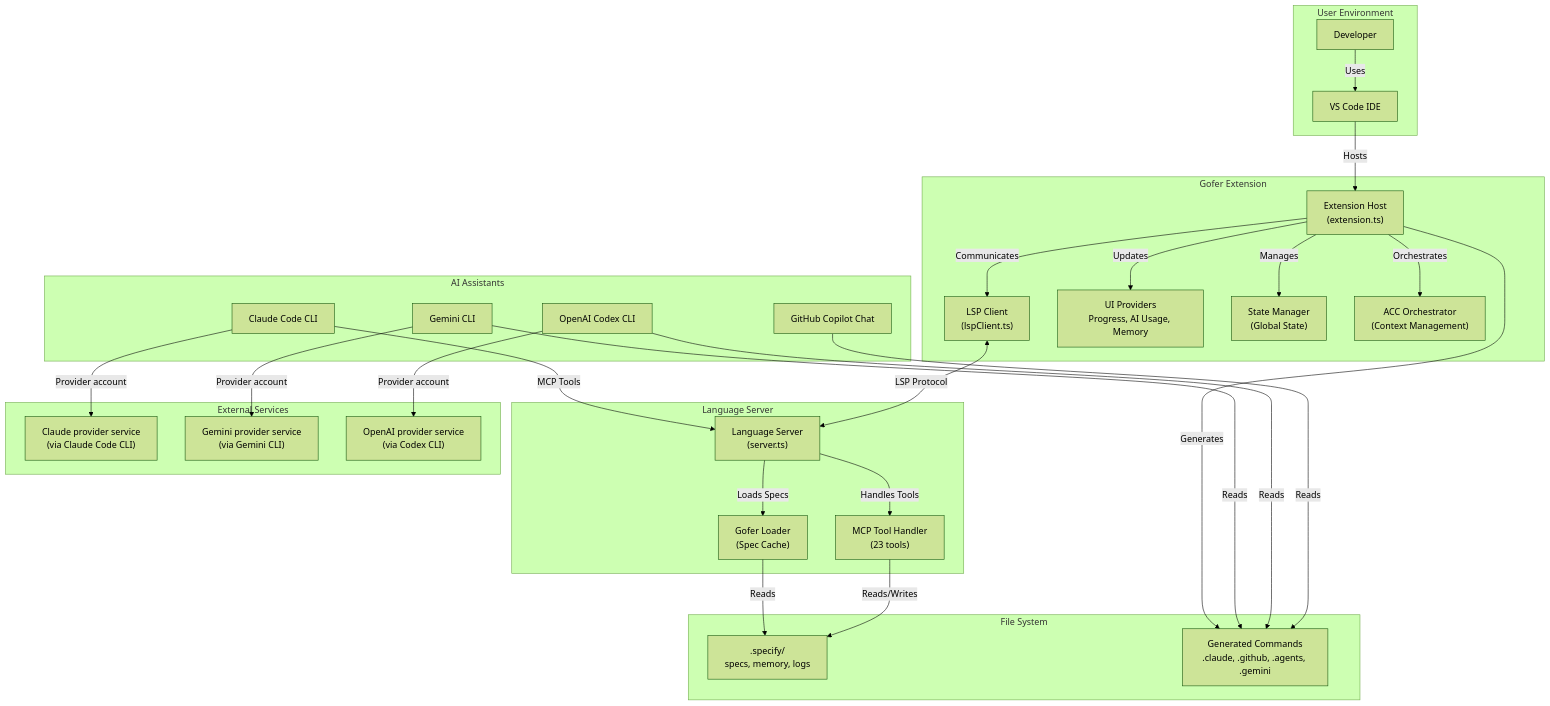
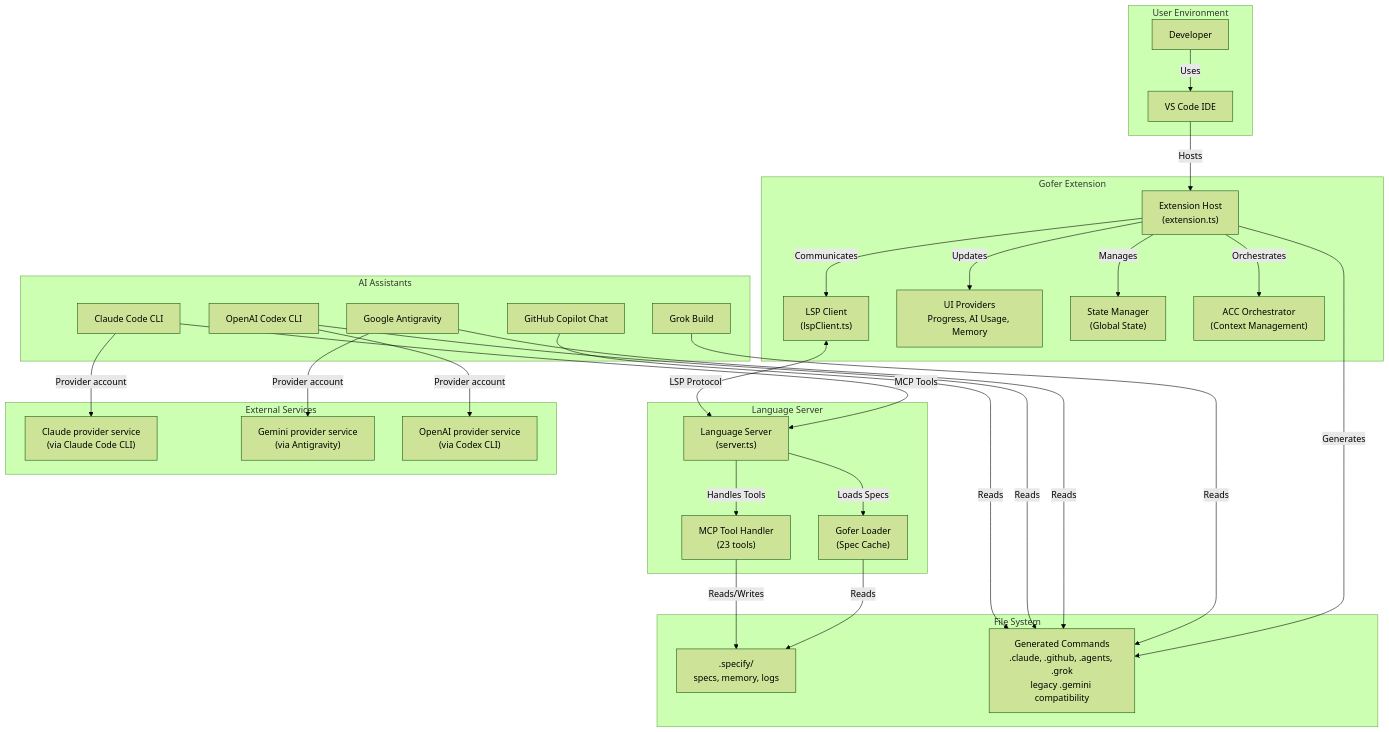
One commit to eai-support/eai-gofer changed the first of 6 diagrams in .tech-docs/architecture.md. Above: the diagram before and after it, drawn with Mermaid (forest theme). The commit also changed other lines of this file and 319 other files, not shown here.

````diff
--- a/.tech-docs/architecture.md
+++ b/.tech-docs/architecture.md
@@ -20,62 +20,64 @@
 ```mermaid
 flowchart TB
     subgraph "User Environment"
         VSCode["VS Code IDE"]
         User["Developer"]
     end
 
     subgraph "Gofer Extension"
         ExtHost["Extension Host<br/>(extension.ts)"]
         LSPClient["LSP Client<br/>(lspClient.ts)"]
         UI["UI Providers<br/>Progress, AI Usage, Memory"]
         StateManager["State Manager<br/>(Global State)"]
         ACCOrch["ACC Orchestrator<br/>(Context Management)"]
     end
 
     subgraph "Language Server"
         LSPServer["Language Server<br/>(server.ts)"]
         MCPHandler["MCP Tool Handler<br/>(23 tools)"]
         GoferLoader["Gofer Loader<br/>(Spec Cache)"]
     end
 
     subgraph "AI Assistants"
         Claude["Claude Code CLI"]
         Copilot["GitHub Copilot Chat"]
         Codex["OpenAI Codex CLI"]
-        Gemini["Gemini CLI"]
+        Antigravity["Google Antigravity"]
+        Grok["Grok Build"]
     end
 
     subgraph "File System"
         Specify[".specify/<br/>specs, memory, logs"]
-        Generated["Generated Commands<br/>.claude, .github, .agents, .gemini"]
+        Generated["Generated Commands<br/>.claude, .github, .agents, .grok<br/>legacy .gemini compatibility"]
     end
 
     subgraph "External Services"
         ClaudeService["Claude provider service<br/>(via Claude Code CLI)"]
-        GeminiService["Gemini provider service<br/>(via Gemini CLI)"]
+        GeminiService["Gemini provider service<br/>(via Antigravity)"]
         CodexService["OpenAI provider service<br/>(via Codex CLI)"]
     end
 
     User -->|Uses| VSCode
     VSCode -->|Hosts| ExtHost
     ExtHost -->|Communicates| LSPClient
     LSPClient <-->|LSP Protocol| LSPServer
     ExtHost -->|Updates| UI
     ExtHost -->|Manages| StateManager
     ExtHost -->|Orchestrates| ACCOrch
 
     LSPServer -->|Handles Tools| MCPHandler
     LSPServer -->|Loads Specs| GoferLoader
     MCPHandler -->|Reads/Writes| Specify
     GoferLoader -->|Reads| Specify
 
     Claude -->|MCP Tools| LSPServer
     Copilot -->|Reads| Generated
     Codex -->|Reads| Generated
-    Gemini -->|Reads| Generated
+    Antigravity -->|Reads| Generated
+    Grok -->|Reads| Generated
 
     ExtHost -->|Generates| Generated
     Claude -->|Provider account| ClaudeService
-    Gemini -->|Provider account| GeminiService
+    Antigravity -->|Provider account| GeminiService
     Codex -->|Provider account| CodexService
 ```
````
